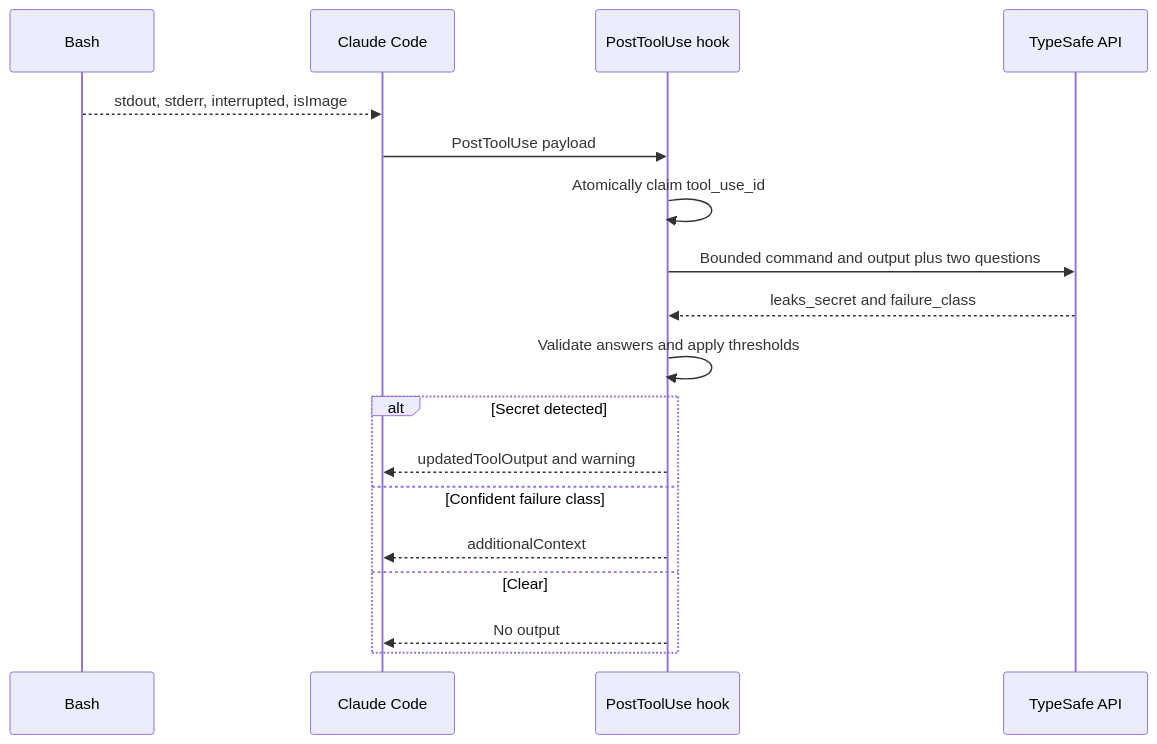
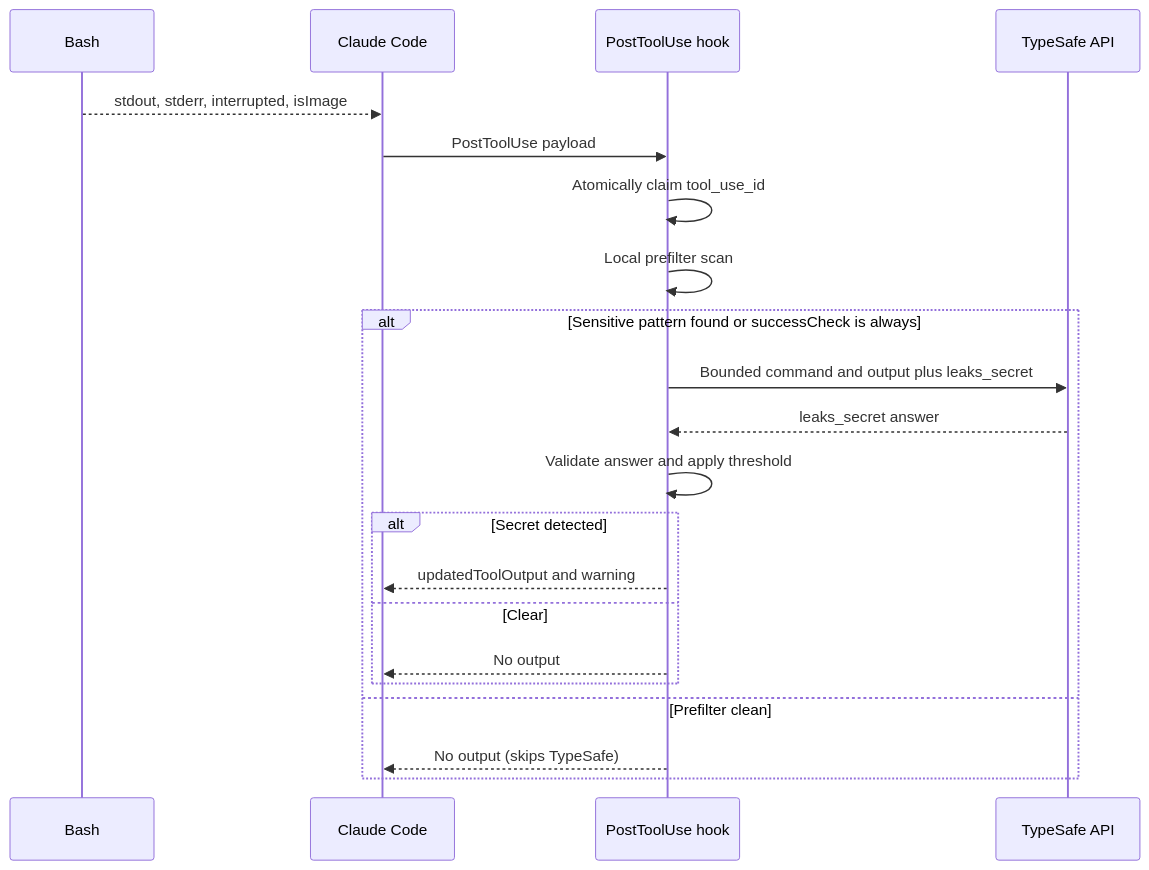
One commit to dr-dimitru/claude-jev-plugin changed the second of 4 diagrams in docs/output-judgments.md. Above: the diagram before and after it, drawn with Mermaid. The commit also changed other lines of this file and 11 other files, not shown here.

First line of the commit message:
fix(output): stop false failure advice and skip benign output

````diff
--- a/docs/output-judgments.md
+++ b/docs/output-judgments.md
@@ -44,21 +49,24 @@
 ```mermaid
 sequenceDiagram
     participant Bash
     participant Claude as Claude Code
     participant Hook as PostToolUse hook
     participant TS as TypeSafe API
 
     Bash-->>Claude: stdout, stderr, interrupted, isImage
     Claude->>Hook: PostToolUse payload
     Hook->>Hook: Atomically claim tool_use_id
-    Hook->>TS: Bounded command and output plus two questions
-    TS-->>Hook: leaks_secret and failure_class
-    Hook->>Hook: Validate answers and apply thresholds
-    alt Secret detected
-        Hook-->>Claude: updatedToolOutput and warning
-    else Confident failure class
-        Hook-->>Claude: additionalContext
-    else Clear
-        Hook-->>Claude: No output
+    Hook->>Hook: Local prefilter scan
+    alt Sensitive pattern found or successCheck is always
+        Hook->>TS: Bounded command and output plus leaks_secret
+        TS-->>Hook: leaks_secret answer
+        Hook->>Hook: Validate answer and apply threshold
+        alt Secret detected
+            Hook-->>Claude: updatedToolOutput and warning
+        else Clear
+            Hook-->>Claude: No output
+        end
+    else Prefilter clean
+        Hook-->>Claude: No output (skips TypeSafe)
     end
 ```
````
